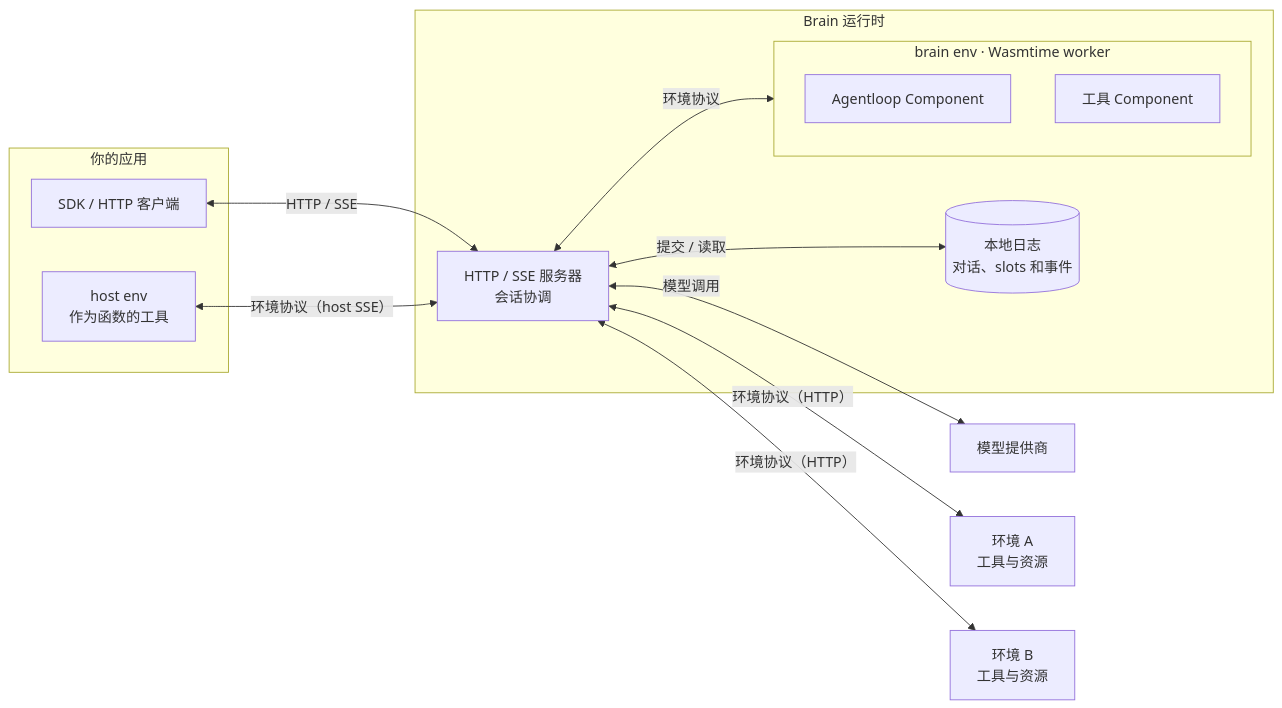
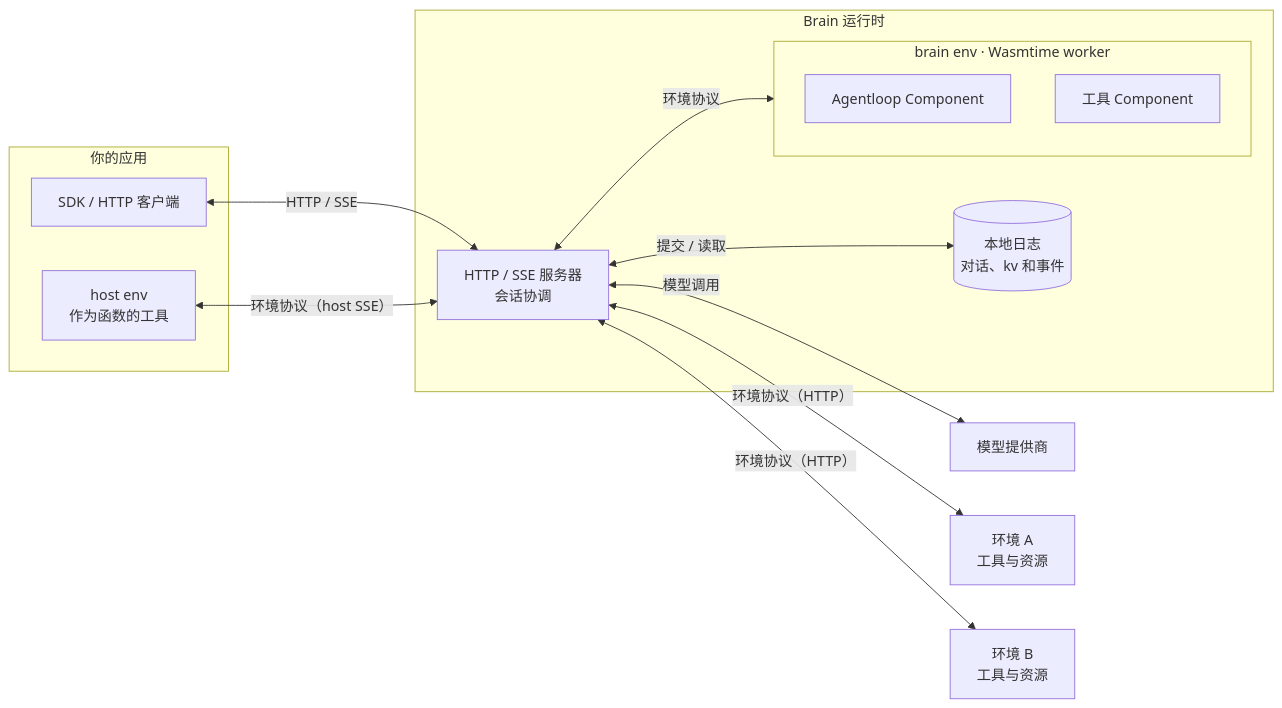
Before and after one commit to aexhq/brain: the diagram in README.cn.md, drawn with Mermaid. The commit also changed other lines of this file and 93 other files, not shown here.

````diff
--- a/README.cn.md
+++ b/README.cn.md
@@ -59,24 +59,24 @@
 ```mermaid
 flowchart LR
   subgraph App["你的应用"]
     Client["SDK / HTTP 客户端"]
     Host["host env<br/>作为函数的工具"]
   end
 
   subgraph Brain["Brain 运行时"]
     Server["HTTP / SSE 服务器<br/>会话协调"]
-    Journal[("本地日志<br/>对话、slots 和事件")]
+    Journal[("本地日志<br/>对话、kv 和事件")]
     subgraph BrainEnv["brain env · Wasmtime worker"]
       Loop["Agentloop Component"]
       Native["工具 Component"]
     end
     Server <-->|"提交 / 读取"| Journal
     Server <-->|"环境协议"| BrainEnv
   end
 
   Client <-->|"HTTP / SSE"| Server
   Host <-->|"环境协议（host SSE）"| Server
   Server <-->|"模型调用"| Models["模型提供商"]
   Server <-->|"环境协议（HTTP）"| EnvA["环境 A<br/>工具与资源"]
   Server <-->|"环境协议（HTTP）"| EnvB["环境 B<br/>工具与资源"]
 ```
````
